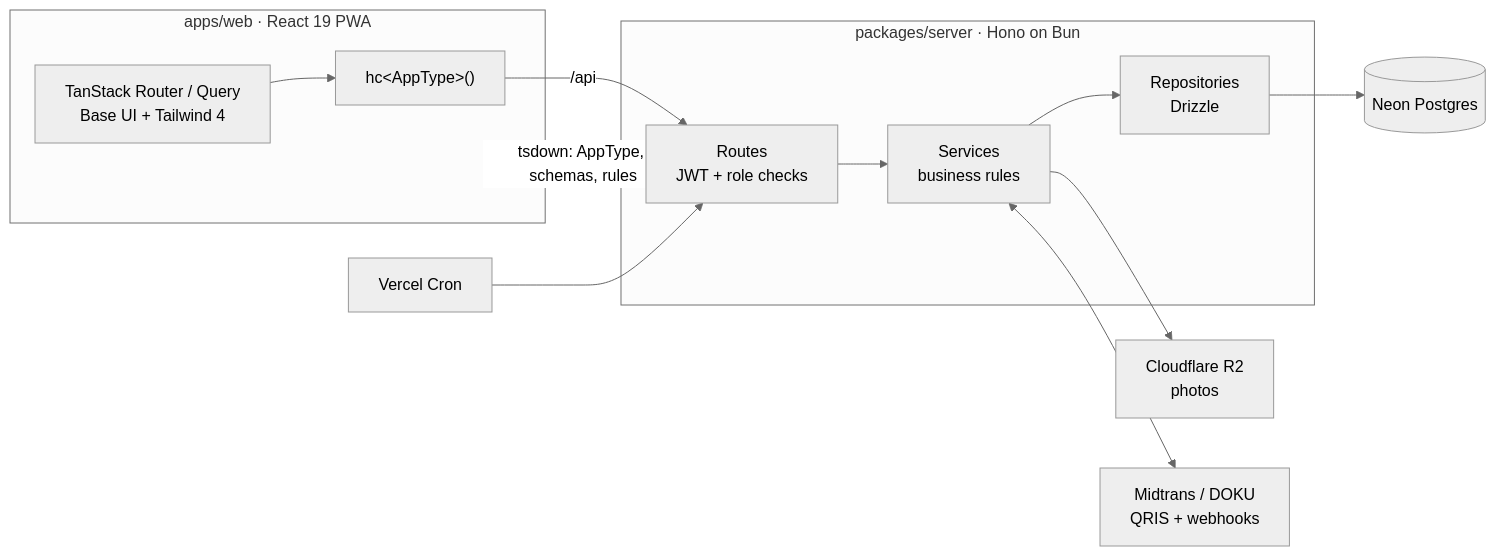
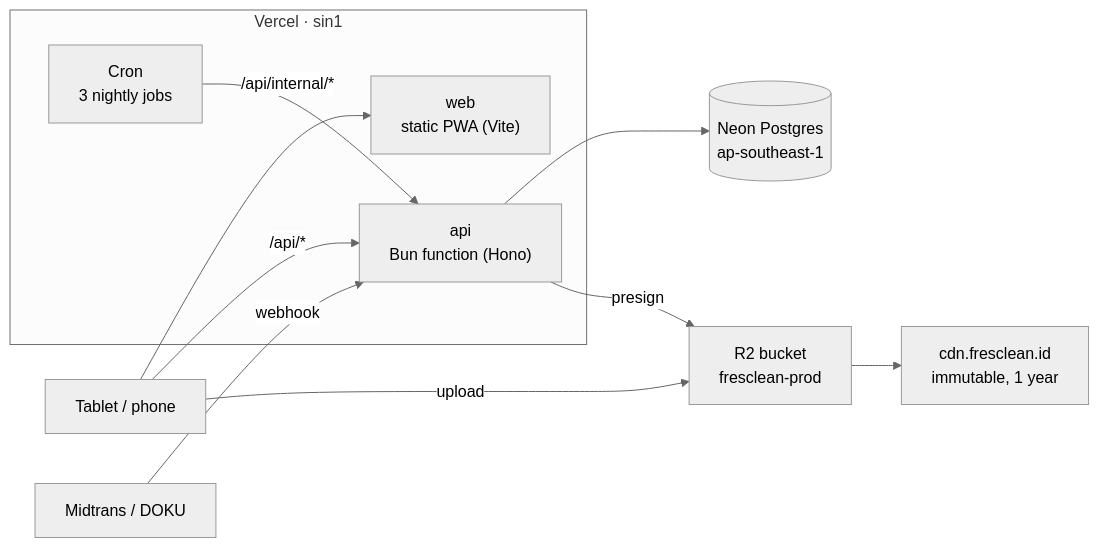
One commit to jovanhartono/fc-pos changed the second of 7 diagrams in README.md. Above: the diagram before and after it, drawn with Mermaid (neutral theme). The commit also changed other lines of this file, not shown here.

Commit message:
docs: restructure the README as an architecture overview

````diff
--- a/README.md
+++ b/README.md
@@ -27,22 +50,17 @@
 ```mermaid
 flowchart LR
-    subgraph web["apps/web · React 19 PWA"]
-        UI["TanStack Router / Query<br/>Base UI + Tailwind 4"]
-        RPC["hc&lt;AppType&gt;()"]
-        UI --> RPC
+    subgraph vercel["Vercel · sin1"]
+        Web["web<br/>static PWA (Vite)"]
+        API["api<br/>Bun function (Hono)"]
+        Cron["Cron<br/>3 nightly jobs"]
     end
 
-    subgraph server["packages/server · Hono on Bun"]
-        Routes["Routes<br/>JWT + role checks"]
-        Services["Services<br/>business rules"]
-        Repos["Repositories<br/>Drizzle"]
-        Routes --> Services --> Repos
-    end
-
-    RPC -- "/api" --> Routes
-    Repos --> DB[("Neon Postgres")]
-    Services --> R2["Cloudflare R2<br/>photos"]
-    Services <--> PG["Midtrans / DOKU<br/>QRIS + webhooks"]
-    Cron["Vercel Cron"] --> Routes
-    server -. "tsdown: AppType, schemas, rules" .-> web
+    Browser["Tablet / phone"] --> Web
+    Browser -- "/api/*" --> API
+    Cron -- "/api/internal/*" --> API
+    API --> Neon[("Neon Postgres<br/>ap-southeast-1")]
+    API -- "presign" --> R2["R2 bucket<br/>fresclean-prod"]
+    Browser -- "upload" --> R2
+    R2 --> CDN["cdn.fresclean.id<br/>immutable, 1 year"]
+    Gateway["Midtrans / DOKU"] -- "webhook" --> API
 ```
````
